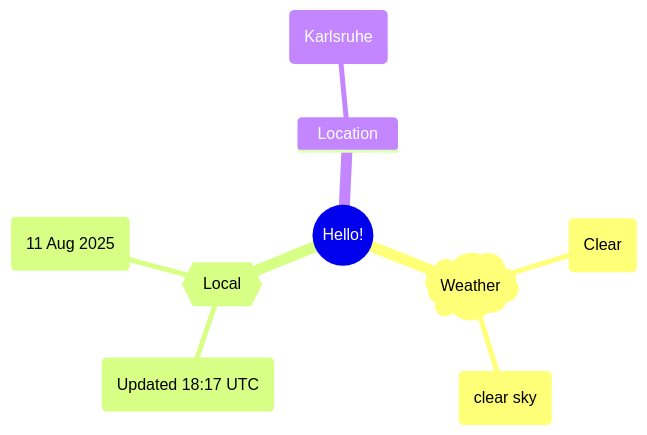
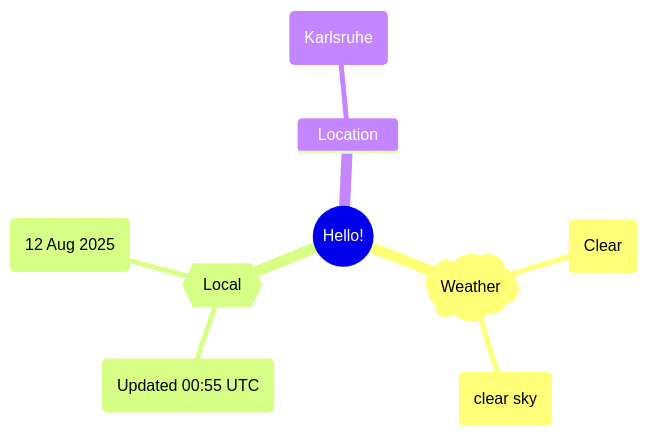
One commit to Xosrov/Xosrov changed the first of 2 diagrams in README.md. Above: the diagram before and after it, drawn with Mermaid.

Commit message:
[bot] updated images

````diff
--- a/README.md
+++ b/README.md
@@ -3,12 +3,12 @@
 ```mermaid
 mindmap
   root((Hello!))
     )Weather(
         (Clear)
         (clear sky)
     {{Local}}
-        (Updated 18:17 UTC)
-        (11 Aug 2025)
+        (Updated 00:55 UTC)
+        (12 Aug 2025)
     Location
         (Karlsruhe)
 ```
````
